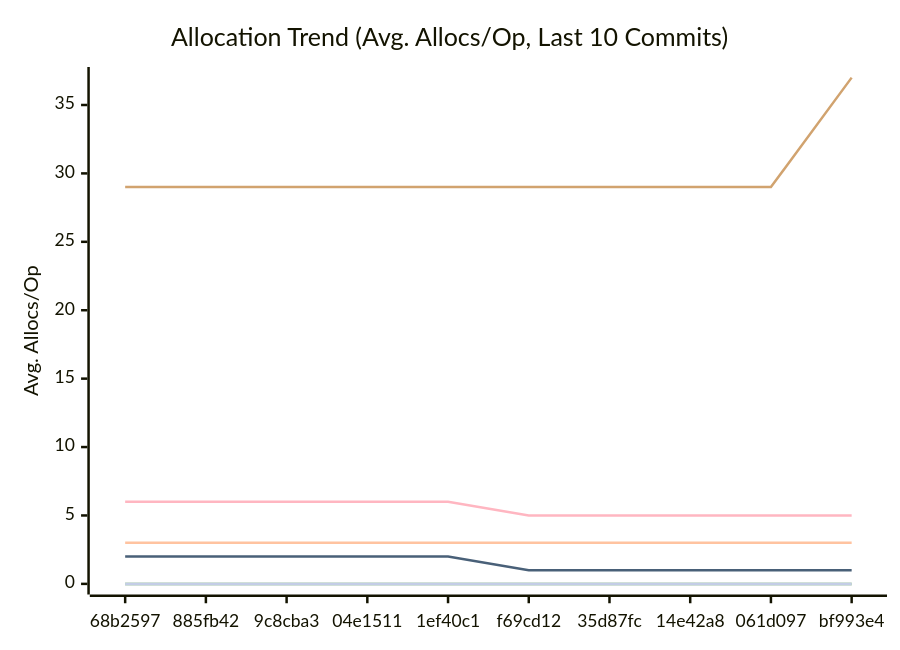
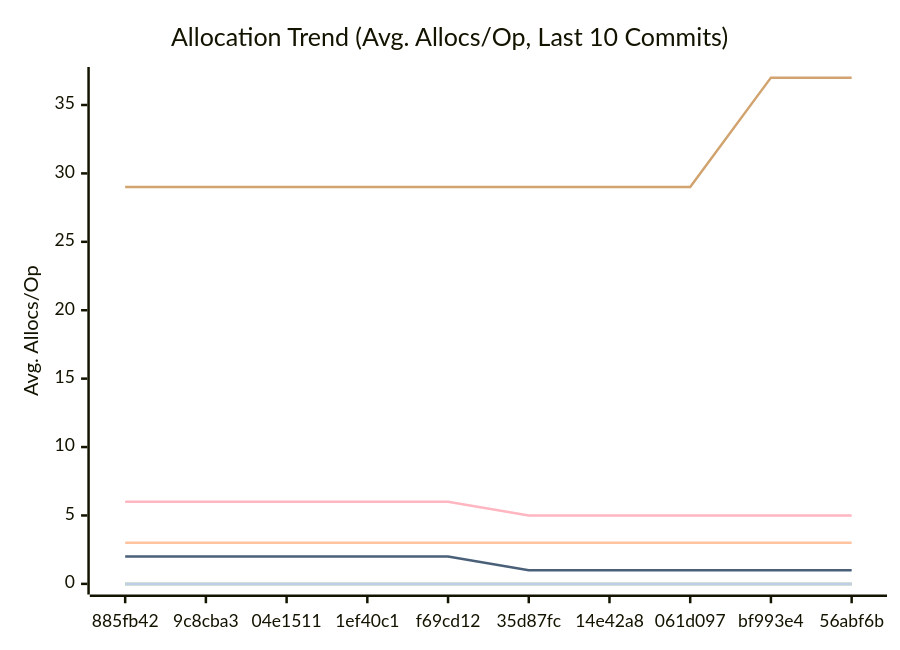
The third of 3 diagrams in docs/PERFORMANCE.md (alsotoes/momo), drawn with Mermaid before and after one commit. The commit also changed other lines of this file and 1 other file, not shown here.

````diff
--- a/docs/PERFORMANCE.md
+++ b/docs/PERFORMANCE.md
@@ -116,16 +114,16 @@
 ```mermaid
 xychart-beta
     title "Allocation Trend (Avg. Allocs/Op, Last 10 Commits)"
     x-axis "Commit"
     y-axis "Avg. Allocs/Op"
-    x-axis [68b2597,885fb42,9c8cba3,04e1511,1ef40c1,f69cd12,35d87fc,14e42a8,061d097,bf993e4]
+    x-axis [885fb42,9c8cba3,04e1511,1ef40c1,f69cd12,35d87fc,14e42a8,061d097,bf993e4,56abf6b]
     line "CheckMetricsAndSwap" [0,0,0,0,0,0,0,0,0,0]
     line "CrushOptimized" [0,0,0,0,0,0,0,0,0,0]
     line "CrushOriginal" [3,3,3,3,3,3,3,3,3,3]
     line "IndexDirectTracking" [0,0,0,0,0,0,0,0,0,0]
     line "IndexSearch" [0,0,0,0,0,0,0,0,0,0]
-    line "LoadGlobalConfig" [29,29,29,29,29,29,29,29,29,37]
+    line "LoadGlobalConfig" [29,29,29,29,29,29,29,29,37,37]
     line "PadString" [0,0,0,0,0,0,0,0,0,0]
     line "ParseReplicationOrder_NoPrealloc" [6,6,6,6,6,5,5,5,5,5]
     line "ParseReplicationOrder_Prealloc" [2,2,2,2,2,1,1,1,1,1]
 ```
````
